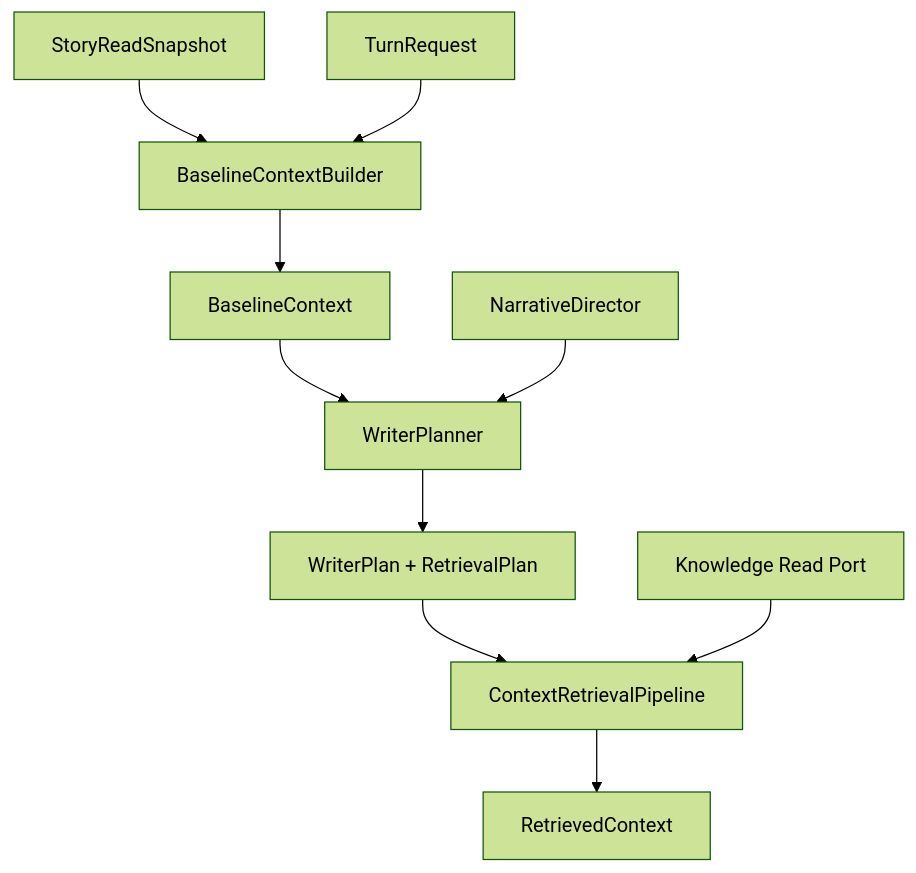
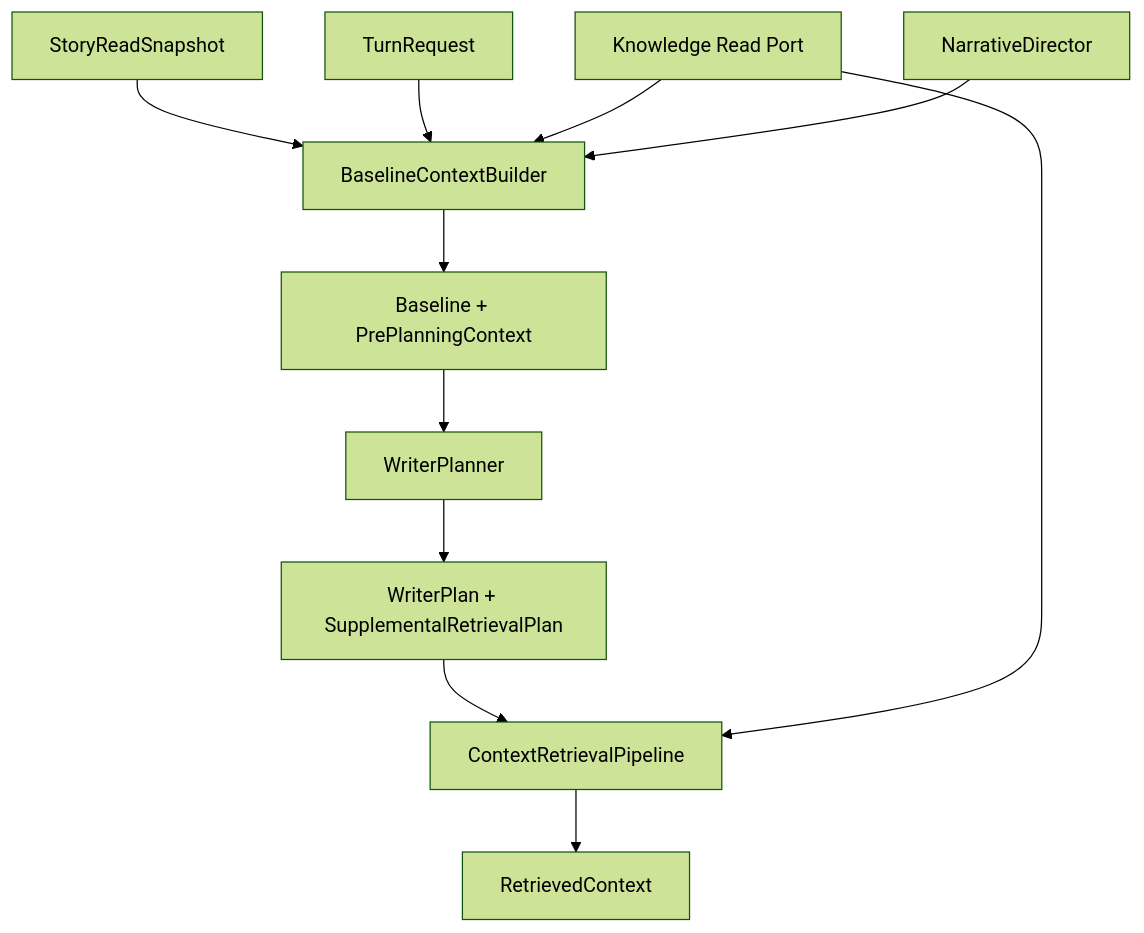
The diagram in doc/design/2026-08-08-context-preparation-retrieval-design-gpt.md (falconcali/aise), drawn with Mermaid (forest theme) before and after one commit. The commit also changed other lines of this file and 2 other files, not shown here.

First line of the commit message:
Add pre-planning & supplemental retrieval design

````diff
--- a/doc/design/2026-08-08-context-preparation-retrieval-design-gpt.md
+++ b/doc/design/2026-08-08-context-preparation-retrieval-design-gpt.md
@@ -108,12 +108,13 @@
 ```mermaid
 flowchart TD
     S["StoryReadSnapshot"] --> B["BaselineContextBuilder"]
     R["TurnRequest"] --> B
-    B --> C["BaselineContext"]
+    K["Knowledge Read Port"] --> B
+    D["NarrativeDirector"] --> B
+    B --> C["Baseline + PrePlanningContext"]
     C --> P["WriterPlanner"]
-    D["NarrativeDirector"] --> P
-    P --> W["WriterPlan + RetrievalPlan"]
+    P --> W["WriterPlan + SupplementalRetrievalPlan"]
     W --> X["ContextRetrievalPipeline"]
-    K["Knowledge Read Port"] --> X
+    K --> X
     X --> O["RetrievedContext"]
 ```
````
